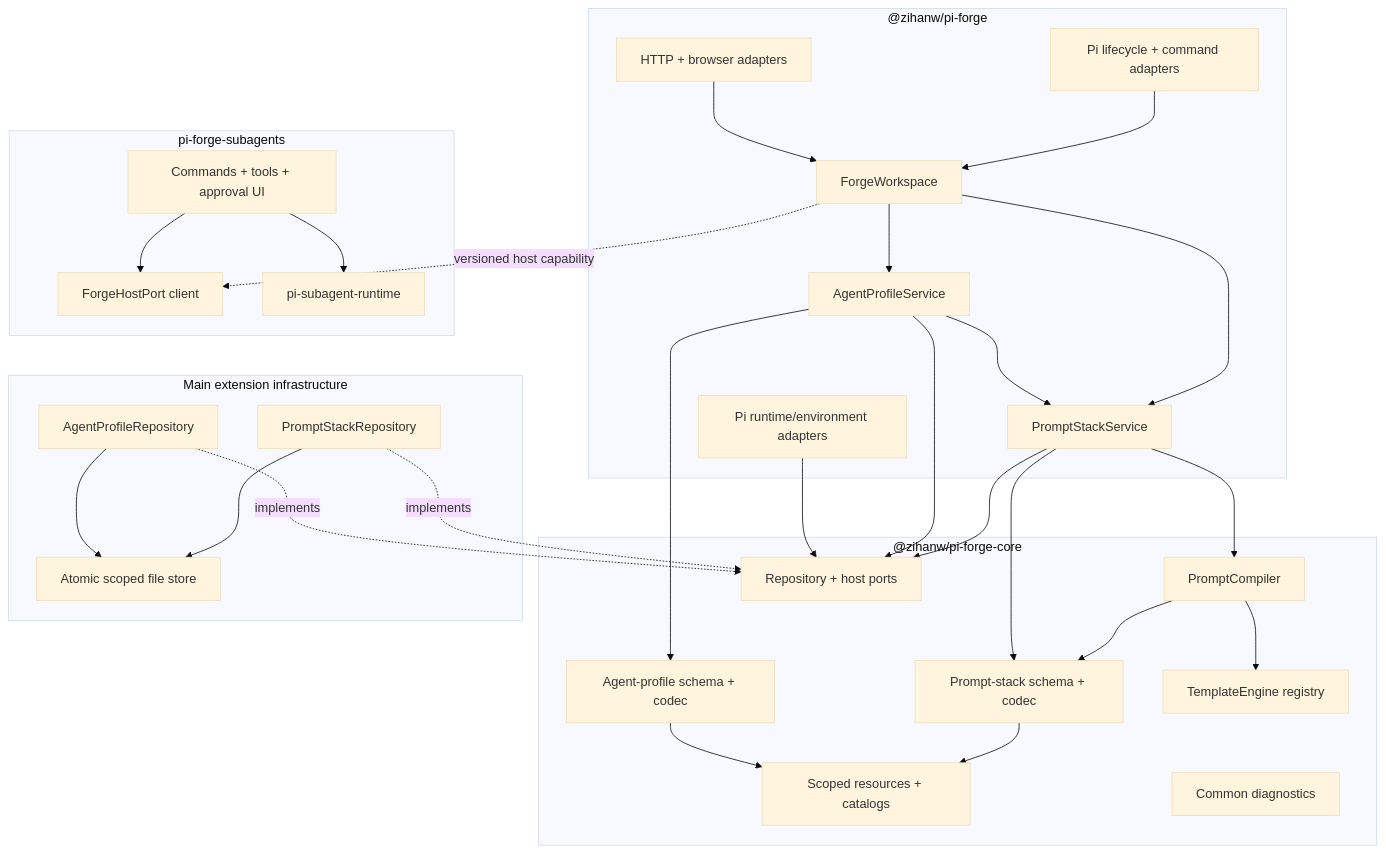
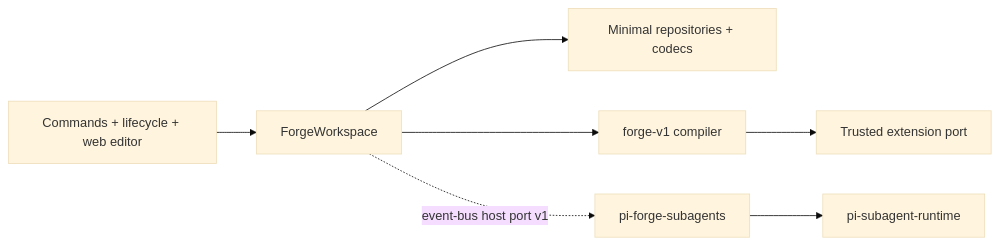
One commit to MacroSony/pi-forge changed the diagram in docs/design/architecture-0.5.md. Above: the diagram before and after it, drawn with Mermaid (base theme). The commit also changed other lines of this file and 13 other files, not shown here.

````diff
--- a/docs/design/architecture-0.5.md
+++ b/docs/design/architecture-0.5.md
@@ -154,61 +73,9 @@
 ```mermaid
-flowchart TB
-    subgraph Main["@zihanw/pi-forge"]
-        PiAdapters["Pi lifecycle + command adapters"]
-        WebAdapters["HTTP + browser adapters"]
-        Workspace["ForgeWorkspace"]
-        StackService["PromptStackService"]
-        ProfileService["AgentProfileService"]
-        PiPorts["Pi runtime/environment adapters"]
-
-        PiAdapters --> Workspace
-        WebAdapters --> Workspace
-        Workspace --> StackService
-        Workspace --> ProfileService
-        ProfileService --> StackService
-    end
-
-    subgraph Core["@zihanw/pi-forge-core"]
-        ResourceCore["Scoped resources + catalogs"]
-        StackDomain["Prompt-stack schema + codec"]
-        ProfileDomain["Agent-profile schema + codec"]
-        Compiler["PromptCompiler"]
-        Templates["TemplateEngine registry"]
-        Diagnostics["Common diagnostics"]
-        Ports["Repository + host ports"]
-
-        Compiler --> StackDomain
-        Compiler --> Templates
-        StackDomain --> ResourceCore
-        ProfileDomain --> ResourceCore
-    end
-
-    subgraph Infra["Main extension infrastructure"]
-        StackRepo["PromptStackRepository"]
-        ProfileRepo["AgentProfileRepository"]
-        AtomicFiles["Atomic scoped file store"]
-
-        StackRepo --> AtomicFiles
-        ProfileRepo --> AtomicFiles
-    end
-
-    StackService --> StackDomain
-    StackService --> Compiler
-    StackService --> Ports
-    ProfileService --> ProfileDomain
-    ProfileService --> Ports
-    PiPorts --> Ports
-    StackRepo -.->|implements| Ports
-    ProfileRepo -.->|implements| Ports
-
-    subgraph Optional["pi-forge-subagents"]
-        SubAdapters["Commands + tools + approval UI"]
-        SubHost["ForgeHostPort client"]
-        SubRuntime["pi-subagent-runtime"]
-
-        SubAdapters --> SubHost
-        SubAdapters --> SubRuntime
-    end
-
-    Workspace -. "versioned host capability" .-> SubHost
+flowchart LR
+    Adapters["Commands + lifecycle + web editor"] --> Workspace["ForgeWorkspace"]
+    Workspace --> Repos["Minimal repositories + codecs"]
+    Workspace --> Compiler["forge-v1 compiler"]
+    Compiler --> Extensions["Trusted extension port"]
+    Workspace -. "event-bus host port v1" .-> Optional["pi-forge-subagents"]
+    Optional --> Runtime["pi-subagent-runtime"]
 ```
````
